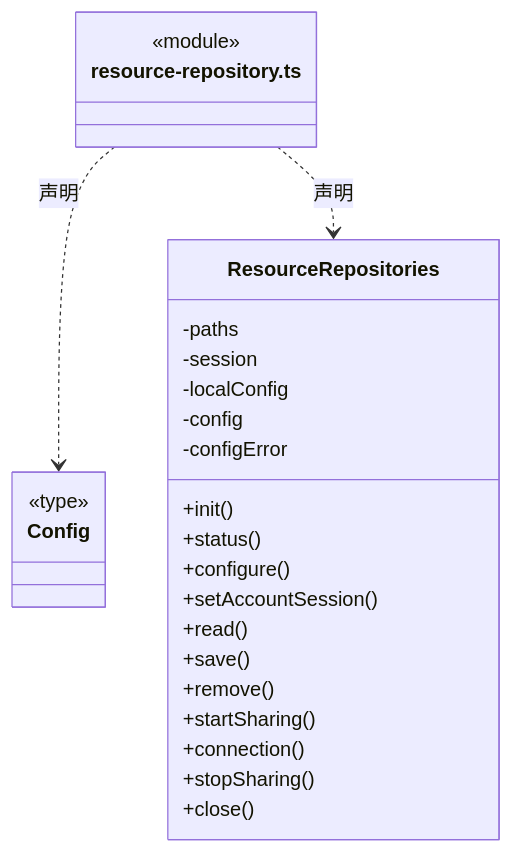
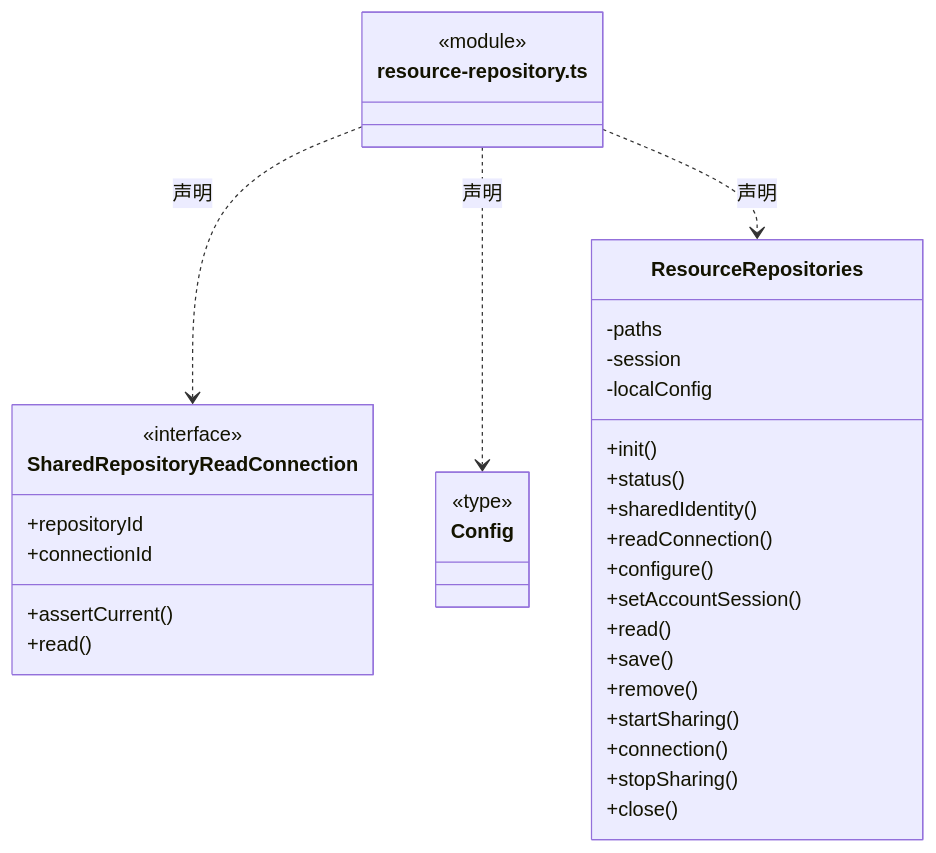
The sixth of 11 diagrams in src/backend/main/resources/ARCHITECTURE.md (nan023062/cbim), drawn with Mermaid before and after one commit. The commit also changed other lines of this file and 49 other files, not shown here.

````diff
--- a/src/backend/main/resources/ARCHITECTURE.md
+++ b/src/backend/main/resources/ARCHITECTURE.md
@@ -58,30 +162,38 @@
 ```mermaid
 classDiagram
 class N_src_backend_main_resources_resource_repository_ts["resource-repository.ts"] {
   <<module>>
 }
+class N_src_backend_main_resources_resource_repository_ts_SharedRepositoryReadConnection["SharedRepositoryReadConnection"] {
+  <<interface>>
+  +repositoryId
+  +connectionId
+  +assertCurrent()
+  +read()
+}
+N_src_backend_main_resources_resource_repository_ts ..> N_src_backend_main_resources_resource_repository_ts_SharedRepositoryReadConnection : 声明
 class N_src_backend_main_resources_resource_repository_ts_Config["Config"] {
   <<type>>
 
 }
 N_src_backend_main_resources_resource_repository_ts ..> N_src_backend_main_resources_resource_repository_ts_Config : 声明
 class N_src_backend_main_resources_resource_repository_ts_ResourceRepositories["ResourceRepositories"] {
   +init()
   +status()
+  +sharedIdentity()
+  +readConnection()
   +configure()
   +setAccountSession()
   +read()
   +save()
   +remove()
   +startSharing()
   +connection()
   +stopSharing()
   +close()
   -paths
   -session
   -localConfig
-  -config
-  -configError
 }
 N_src_backend_main_resources_resource_repository_ts ..> N_src_backend_main_resources_resource_repository_ts_ResourceRepositories : 声明
 ```
````
